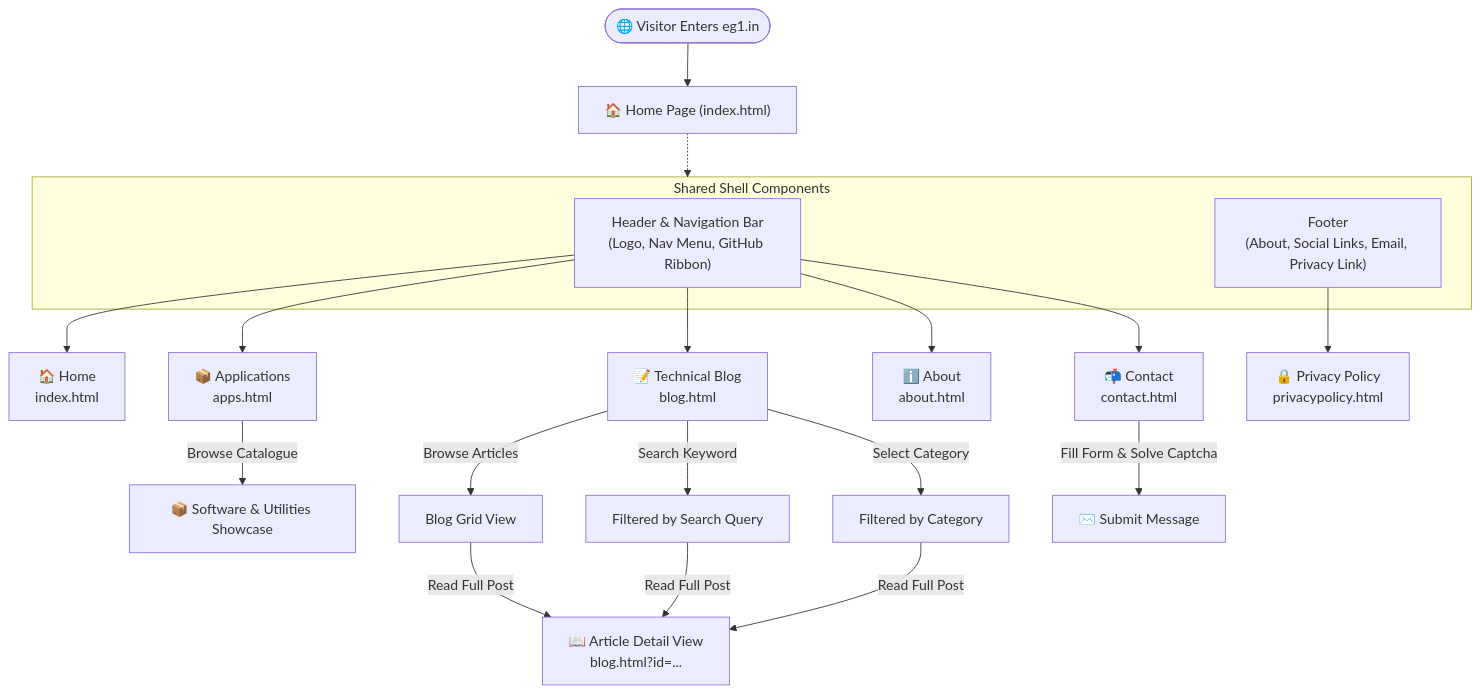
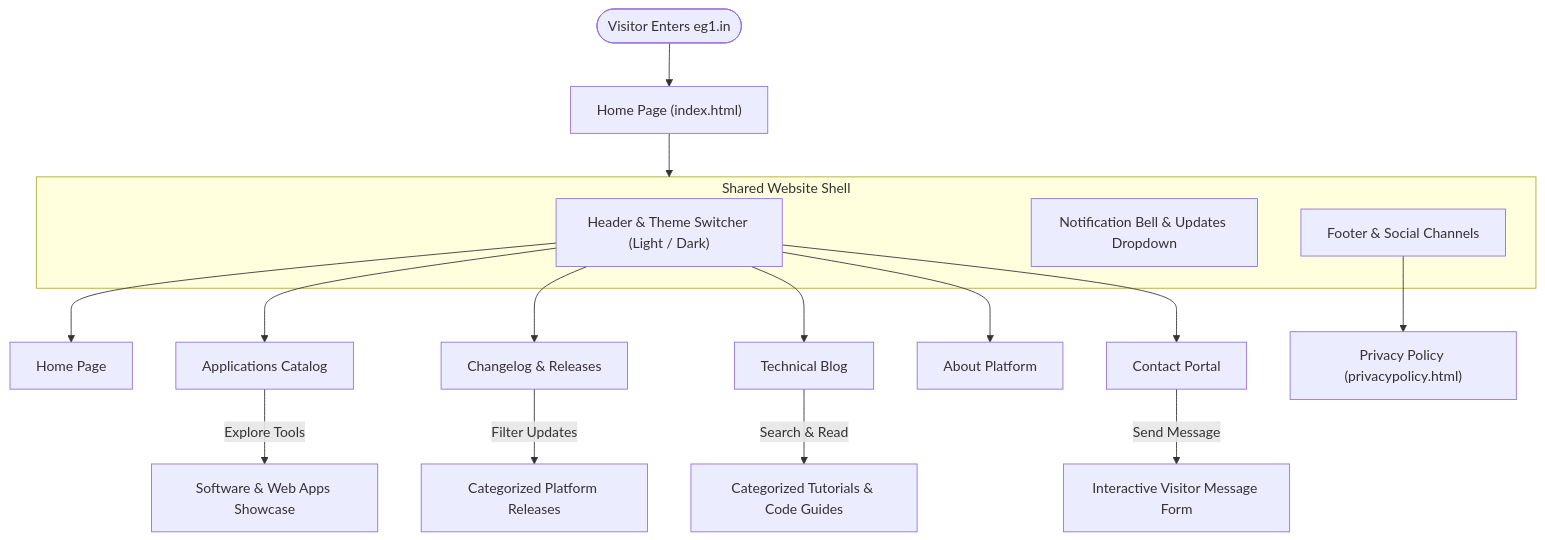
Before and after one commit to EG1DOTIN/eg1.in: the diagram in README.md, drawn with Mermaid. The commit also changed other lines of this file and 17 other files, not shown here.

````diff
--- a/README.md
+++ b/README.md
@@ -9,35 +24,25 @@
 ```mermaid
 flowchart TD
-    %% Entry Point
-    Visitor([🌐 Visitor Enters eg1.in]) --> Home["🏠 Home Page (index.html)"]
+    Visitor(["Visitor Enters eg1.in"]) --> Home["Home Page (index.html)"]
 
-    %% Shared Components
-    subgraph GlobalComponents["Shared Shell Components"]
-        Header["Header & Navigation Bar<br/>(Logo, Nav Menu, GitHub Ribbon)"]
-        Footer["Footer<br/>(About, Social Links, Email, Privacy Link)"]
+    subgraph GlobalShell["Shared Website Shell"]
+        Header["Header & Theme Switcher (Light / Dark)"]
+        NotificationCenter["Notification Bell & Updates Dropdown"]
+        Footer["Footer & Social Channels"]
     end
 
-    Home -.-> GlobalComponents
+    Home --> GlobalShell
 
-    %% Main Navigation
-    Header --> NavHome["🏠 Home<br/>index.html"]
-    Header --> NavApps["📦 Applications<br/>apps.html"]
-    Header --> NavBlog["📝 Technical Blog<br/>blog.html"]
-    Header --> NavAbout["ℹ️ About<br/>about.html"]
-    Header --> NavContact["📬 Contact<br/>contact.html"]
+    Header --> NavHome["Home Page"]
+    Header --> NavApps["Applications Catalog"]
+    Header --> NavUpdates["Changelog & Releases"]
+    Header --> NavBlog["Technical Blog"]
+    Header --> NavAbout["About Platform"]
+    Header --> NavContact["Contact Portal"]
 
-    %% Product Flow
-    NavApps -->|"Browse Catalogue"| ProductCards["📦 Software & Utilities Showcase"]
-
-    %% Blog Flow
-    NavBlog -->|"Browse Articles"| BlogGrid["Blog Grid View"]
-    NavBlog -->|"Search Keyword"| BlogSearch["Filtered by Search Query"]
-    NavBlog -->|"Select Category"| BlogCat["Filtered by Category"]
-    BlogGrid -->|"Read Full Post"| BlogDetail["📖 Article Detail View<br/>blog.html?id=..."]
-    BlogSearch -->|"Read Full Post"| BlogDetail
-    BlogCat -->|"Read Full Post"| BlogDetail
-
-    %% Contact & Privacy
-    NavContact -->|"Fill Form & Solve Captcha"| ContactSubmit["✉️ Submit Message"]
-    Footer --> NavPrivacy["🔒 Privacy Policy<br/>privacypolicy.html"]
+    NavApps -->|"Explore Tools"| AppCatalog["Software & Web Apps Showcase"]
+    NavUpdates -->|"Filter Updates"| UpdateTimeline["Categorized Platform Releases"]
+    NavBlog -->|"Search & Read"| BlogArticles["Categorized Tutorials & Code Guides"]
+    NavContact -->|"Send Message"| ContactForm["Interactive Visitor Message Form"]
+    Footer --> PrivacyPage["Privacy Policy (privacypolicy.html)"]
 ```
````
